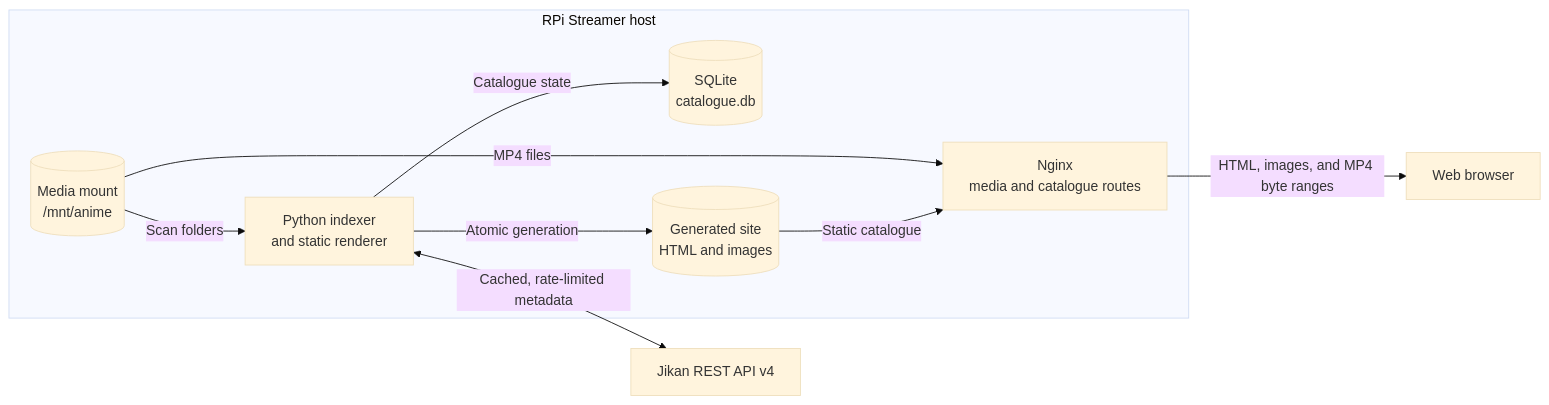
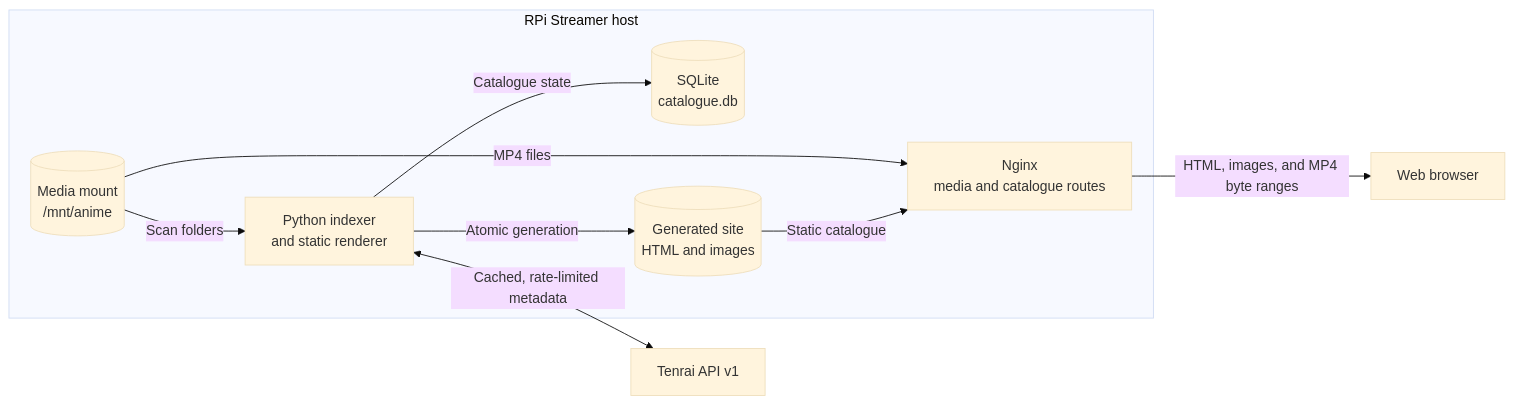
The diagram in README.md (bdobrica/RPiStreamer), drawn with Mermaid (base theme) before and after one commit. The commit also changed other lines of this file and 13 other files, not shown here.

Commit message:
feat: switch metadata transport to Tenrai

````diff
--- a/README.md
+++ b/README.md
@@ -52,22 +52,22 @@
 ```mermaid
 flowchart LR
     browser[Web browser]
-    jikan[Jikan REST API v4]
+    tenrai[Tenrai API v1]
 
     subgraph host[RPi Streamer host]
         media[(Media mount<br/>/mnt/anime)]
         indexer[Python indexer<br/>and static renderer]
         database[(SQLite<br/>catalogue.db)]
         site[(Generated site<br/>HTML and images)]
         nginx[Nginx<br/>media and catalogue routes]
 
         media -->|Scan folders| indexer
         indexer -->|Catalogue state| database
         indexer -->|Atomic generation| site
         media -->|MP4 files| nginx
         site -->|Static catalogue| nginx
     end
 
-    indexer <-->|Cached, rate-limited metadata| jikan
+    indexer <-->|Cached, rate-limited metadata| tenrai
     nginx -->|HTML, images, and MP4 byte ranges| browser
 ```
````
